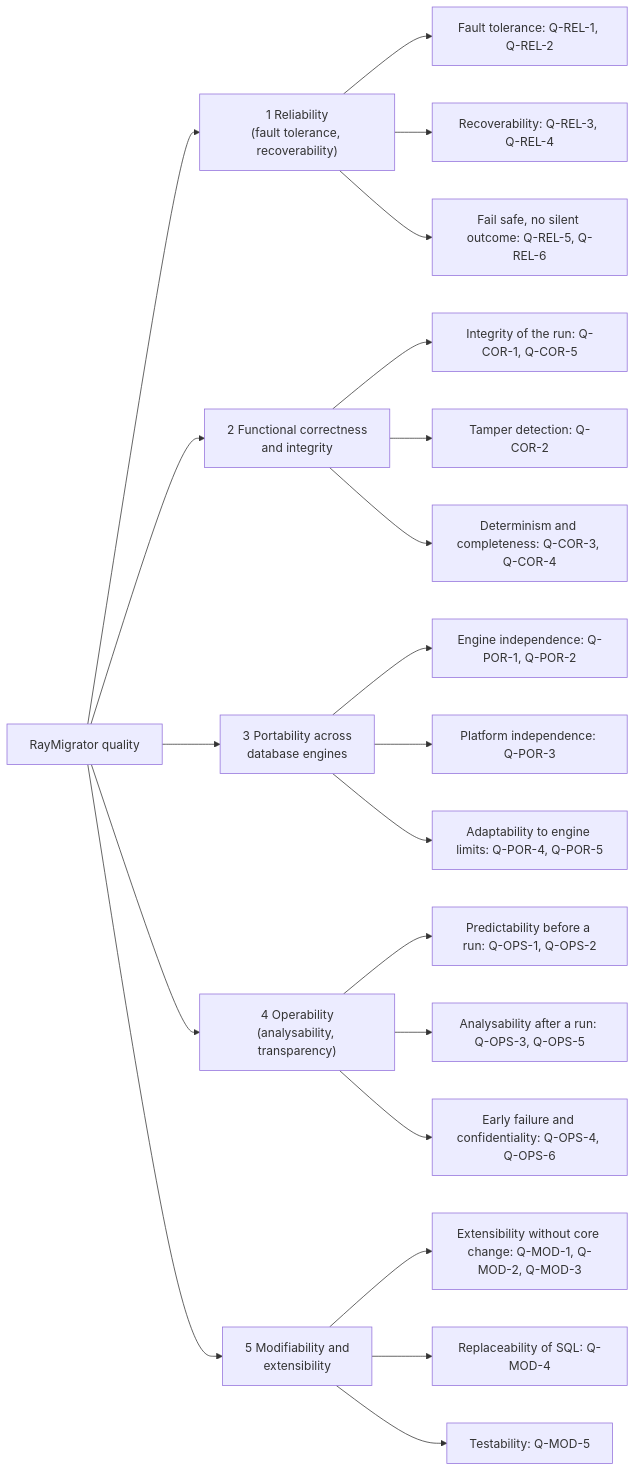
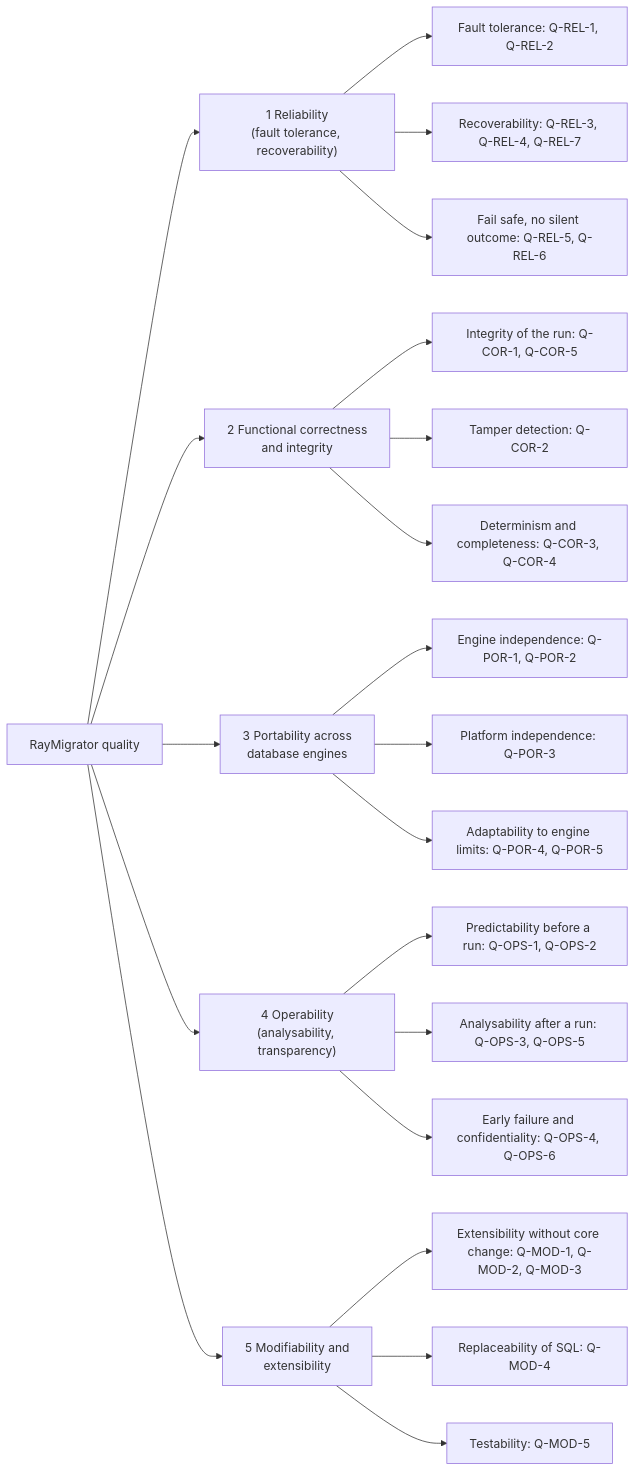
Before and after one commit to RAYCOON/RayMigrator: the diagram in Docs/arc42/10-Quality-Requirements.md, drawn with Mermaid. The commit also changed other lines of this file and 136 other files, not shown here.

````diff
--- a/Docs/arc42/10-Quality-Requirements.md
+++ b/Docs/arc42/10-Quality-Requirements.md
@@ -20,29 +20,29 @@
 ```mermaid
 flowchart LR
     ROOT["RayMigrator quality"]
     REL["1 Reliability<br/>(fault tolerance, recoverability)"]
     COR["2 Functional correctness<br/>and integrity"]
     POR["3 Portability across<br/>database engines"]
     OPS["4 Operability<br/>(analysability, transparency)"]
     MOD["5 Modifiability and<br/>extensibility"]
     ROOT --> REL
     ROOT --> COR
     ROOT --> POR
     ROOT --> OPS
     ROOT --> MOD
     REL --> REL1["Fault tolerance: Q-REL-1, Q-REL-2"]
-    REL --> REL2["Recoverability: Q-REL-3, Q-REL-4"]
+    REL --> REL2["Recoverability: Q-REL-3, Q-REL-4, Q-REL-7"]
     REL --> REL3["Fail safe, no silent outcome: Q-REL-5, Q-REL-6"]
     COR --> COR1["Integrity of the run: Q-COR-1, Q-COR-5"]
     COR --> COR2["Tamper detection: Q-COR-2"]
     COR --> COR3["Determinism and completeness: Q-COR-3, Q-COR-4"]
     POR --> POR1["Engine independence: Q-POR-1, Q-POR-2"]
     POR --> POR2["Platform independence: Q-POR-3"]
     POR --> POR3["Adaptability to engine limits: Q-POR-4, Q-POR-5"]
     OPS --> OPS1["Predictability before a run: Q-OPS-1, Q-OPS-2"]
     OPS --> OPS2["Analysability after a run: Q-OPS-3, Q-OPS-5"]
     OPS --> OPS3["Early failure and confidentiality: Q-OPS-4, Q-OPS-6"]
     MOD --> MOD1["Extensibility without core change: Q-MOD-1, Q-MOD-2, Q-MOD-3"]
     MOD --> MOD2["Replaceability of SQL: Q-MOD-4"]
     MOD --> MOD3["Testability: Q-MOD-5"]
 ```
````
